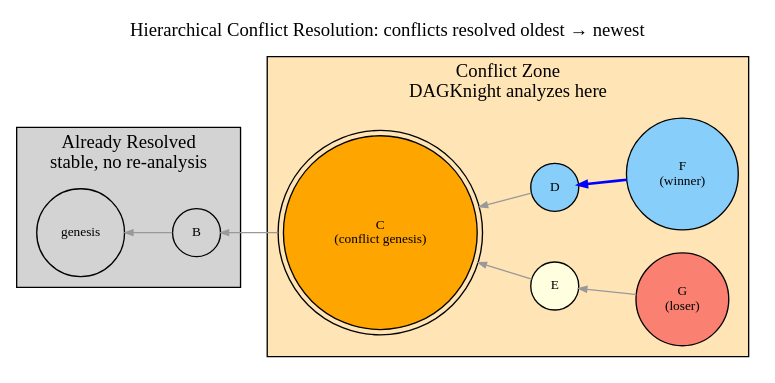
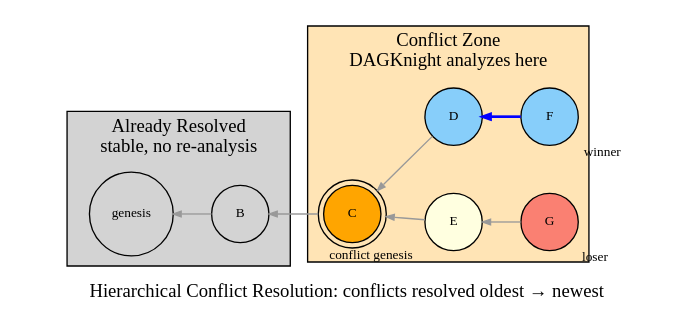
The diagram in dot/07-hierarchical.dot (coderofstuff/dk-wiki), drawn with Graphviz before and after one commit. The commit also changed 22 other files, not shown here.

```diff
--- a/dot/07-hierarchical.dot
+++ b/dot/07-hierarchical.dot
@@ -1,40 +1,43 @@
 digraph hierarchical_conflict {
     rankdir=RL;
-    node [shape=circle, style=filled, fontsize=10];
+    nodesep=0.5;
+    ranksep=0.4;
+    node [shape=circle, style=filled, fontsize=10, width=0.6, height=0.6];
     edge [arrowsize=0.6, color=gray60];
 
     label="Hierarchical Conflict Resolution: conflicts resolved oldest → newest";
-    labelloc=t;
 
     GEN [label="genesis", fillcolor=lightgray];
     B [label="B", fillcolor=lightgray];
-    CG [label="C\n(conflict genesis)", fillcolor=orange, shape=doublecircle];
+    CG [label="C", fillcolor=orange, shape=doublecircle, xlabel="conflict genesis"];
     D [label="D", fillcolor=lightskyblue];
     E [label="E", fillcolor=lightyellow];
-    F [label="F\n(winner)", fillcolor=lightskyblue];
-    G [label="G\n(loser)", fillcolor=salmon];
+    F [label="F", fillcolor=lightskyblue, xlabel="winner"];
+    G [label="G", fillcolor=salmon, xlabel="loser"];
 
     // Edges point backwards (newer → older)
     F -> D [color=blue, penwidth=2.0];
     G -> E;
     D -> CG;
     E -> CG;
     CG -> B;
     B -> GEN;
 
     // Conflict zone: between CG and tips
     subgraph cluster_zone {
         label="Conflict Zone\nDAGKnight analyzes here";
+        labelloc=t;
         style=filled;
         fillcolor=moccasin;
         D; E; F; G; CG;
     }
 
     // Resolved: below CG
     subgraph cluster_resolved {
         label="Already Resolved\nstable, no re-analysis";
+        labelloc=t;
         style=filled;
         fillcolor=lightgray;
         GEN; B;
     }
 }
```
